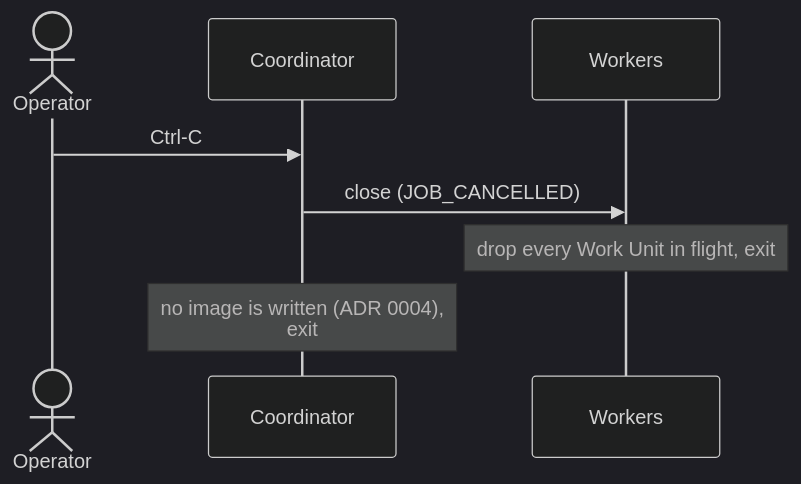
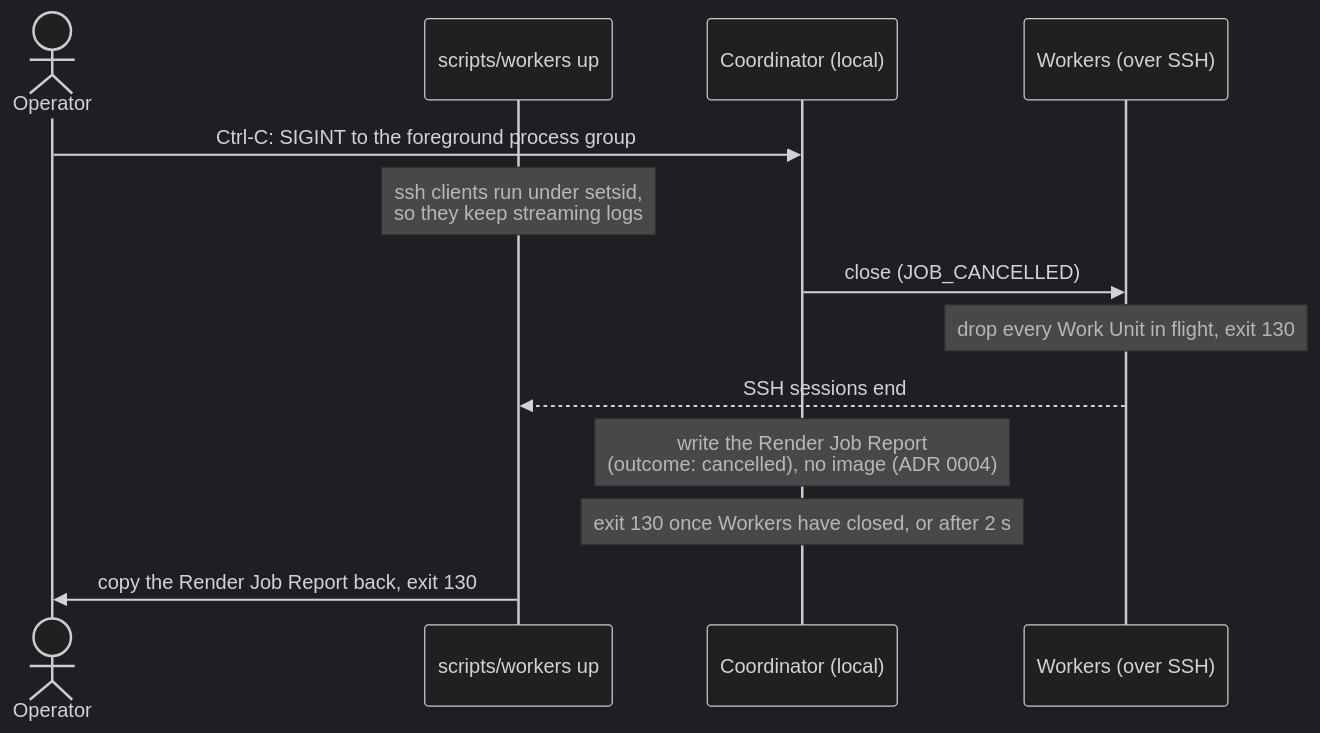
The sixth of 6 diagrams in docs/architecture/06-runtime-view.md (sergioffpc/umbra), drawn with Mermaid (dark theme) before and after one commit. The commit also changed other lines of this file and 4 other files, not shown here.

````diff
--- a/docs/architecture/06-runtime-view.md
+++ b/docs/architecture/06-runtime-view.md
@@ -187,10 +184,15 @@
 ```mermaid
 sequenceDiagram
     actor O as Operator
-    participant C as Coordinator
-    participant W as Workers
-    O->>C: Ctrl-C
+    participant S as scripts/workers up
+    participant C as Coordinator (local)
+    participant W as Workers (over SSH)
+    O->>C: Ctrl-C: SIGINT to the foreground process group
+    Note over S: ssh clients run under setsid,<br/>so they keep streaming logs
     C->>W: close (JOB_CANCELLED)
-    Note over W: drop every Work Unit in flight, exit
-    Note over C: no image is written (ADR 0004),<br/>exit
+    Note over W: drop every Work Unit in flight, exit 130
+    W-->>S: SSH sessions end
+    Note over C: write the Render Job Report<br/>(outcome: cancelled), no image (ADR 0004)
+    Note over C: exit 130 once Workers have closed, or after 2 s
+    S->>O: copy the Render Job Report back, exit 130
 ```
````
